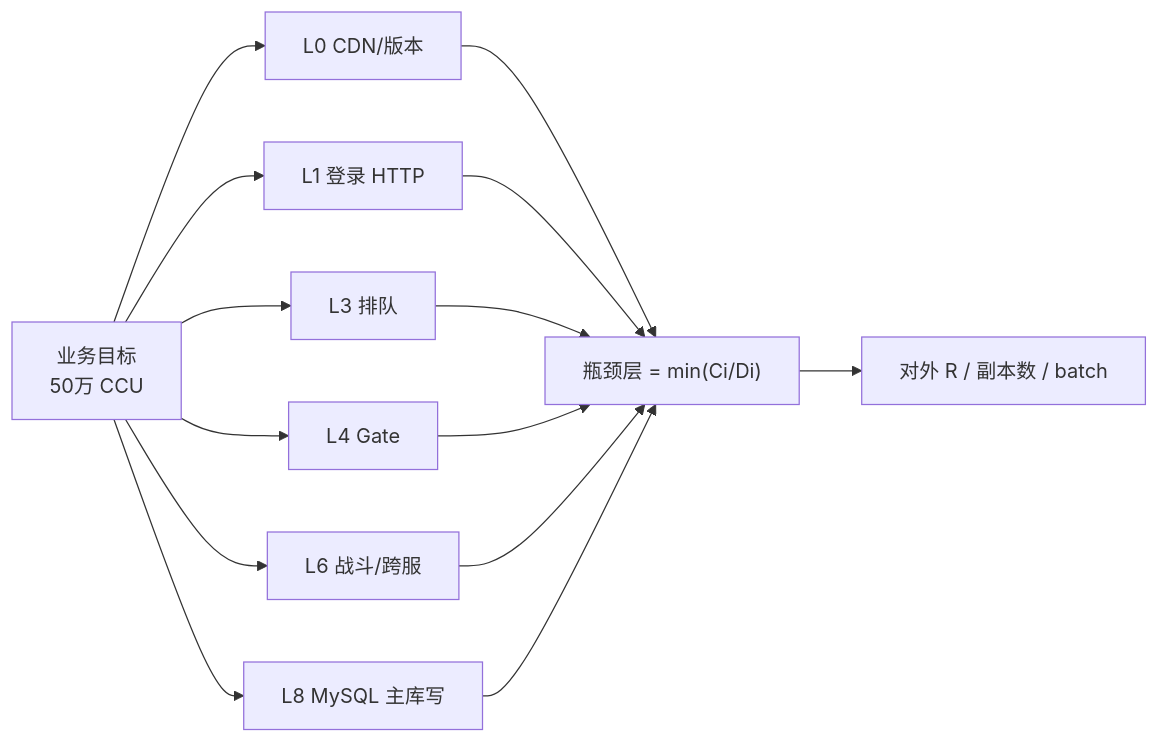
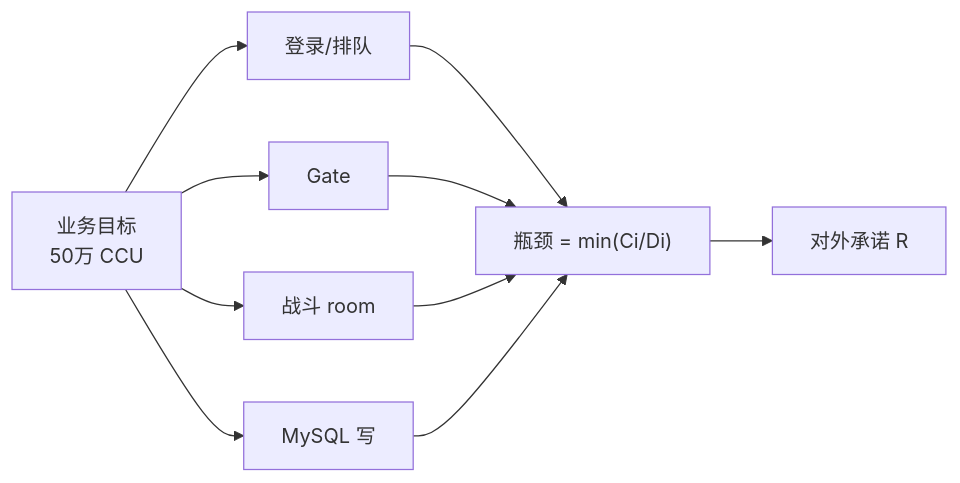
Before and after one commit to ml-cuizijun/LearnToLilith: the fourth of 7 diagrams in 10-面试综合与系统设计/03-游戏SRE系统设计实战/知识点.md, drawn with Mermaid. The commit also changed other lines of this file and 178 other files, not shown here.

````diff
--- a/10-面试综合与系统设计/03-游戏SRE系统设计实战/知识点.md
+++ b/10-面试综合与系统设计/03-游戏SRE系统设计实战/知识点.md
@@ -294,11 +227,9 @@
 ```mermaid
 flowchart LR
-    GOAL["业务目标<br/>50万 CCU"] --> L0["L0 CDN/版本"]
-    GOAL --> L1["L1 登录 HTTP"]
-    GOAL --> L3["L3 排队"]
-    GOAL --> L4["L4 Gate"]
-    GOAL --> L6["L6 战斗/跨服"]
-    GOAL --> L8["L8 MySQL 主库写"]
-    L0 & L1 & L3 & L4 & L6 & L8 --> BOT["瓶颈层 = min(Ci/Di)"]
-    BOT --> R["对外 R / 副本数 / batch"]
+    GOAL["业务目标<br/>50万 CCU"] --> L1["登录/排队"]
+    GOAL --> L4["Gate"]
+    GOAL --> L6["战斗 room"]
+    GOAL --> L8["MySQL 写"]
+    L1 & L4 & L6 & L8 --> BOT["瓶颈 = min(Ci/Di)"]
+    BOT --> R["对外承诺 R"]
 ```
````
